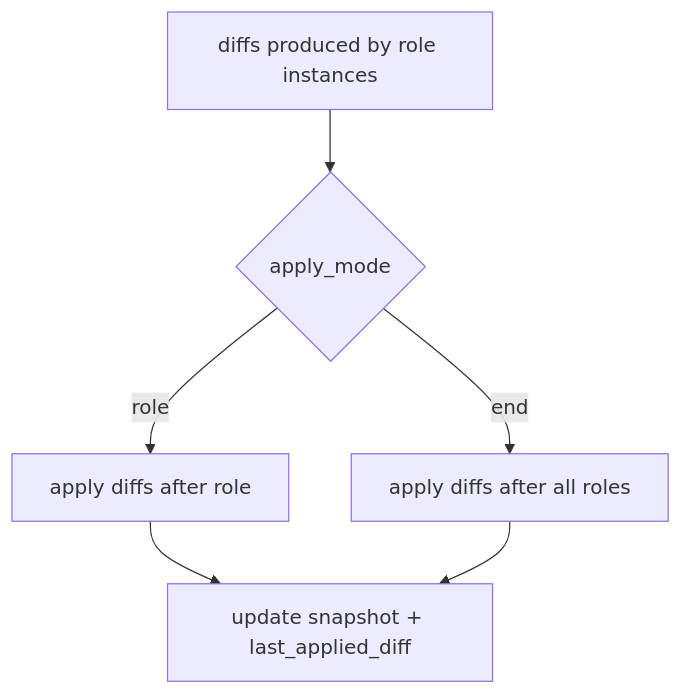
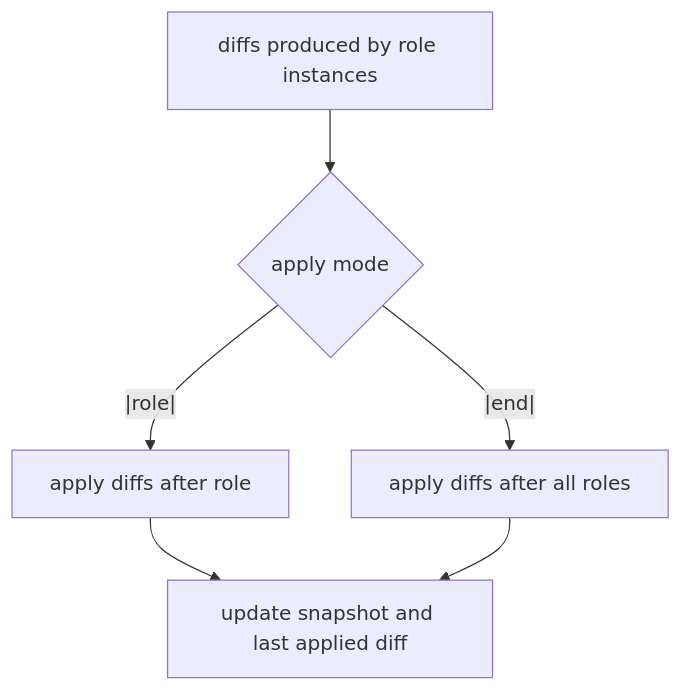
One commit to CodeName-666/CodexCli-MultiAgent changed the fifth of 5 diagrams in docs/WORKFLOWS.md. Above: the diagram before and after it, drawn with Mermaid. The commit also changed other lines of this file, not shown here.

````diff
--- a/docs/WORKFLOWS.md
+++ b/docs/WORKFLOWS.md
@@ -99,8 +99,8 @@
 ```mermaid
-flowchart TD
-  A[diffs produced by role instances] --> B{apply_mode}
-  B -- role --> C[apply diffs after role]
-  B -- end --> D[apply diffs after all roles]
-  C --> E[update snapshot + last_applied_diff]
+graph TD
+  A[diffs produced by role instances] --> B{apply mode}
+  B --|role|--> C[apply diffs after role]
+  B --|end|--> D[apply diffs after all roles]
+  C --> E[update snapshot and last applied diff]
   D --> E
 ```
````
